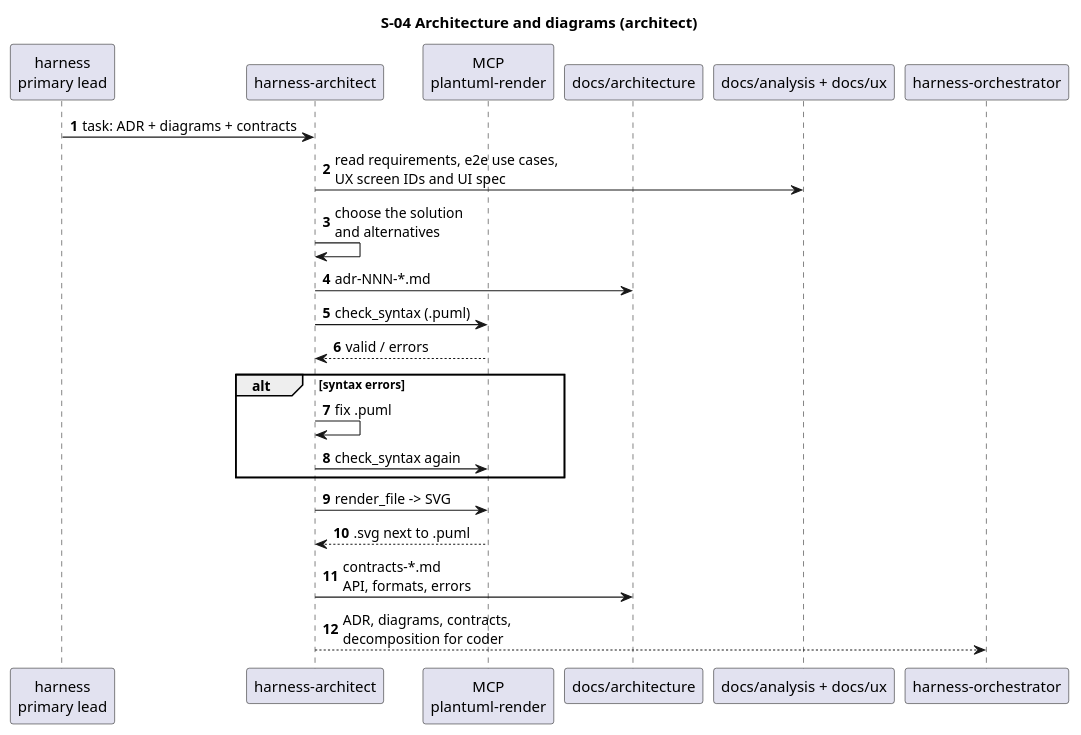
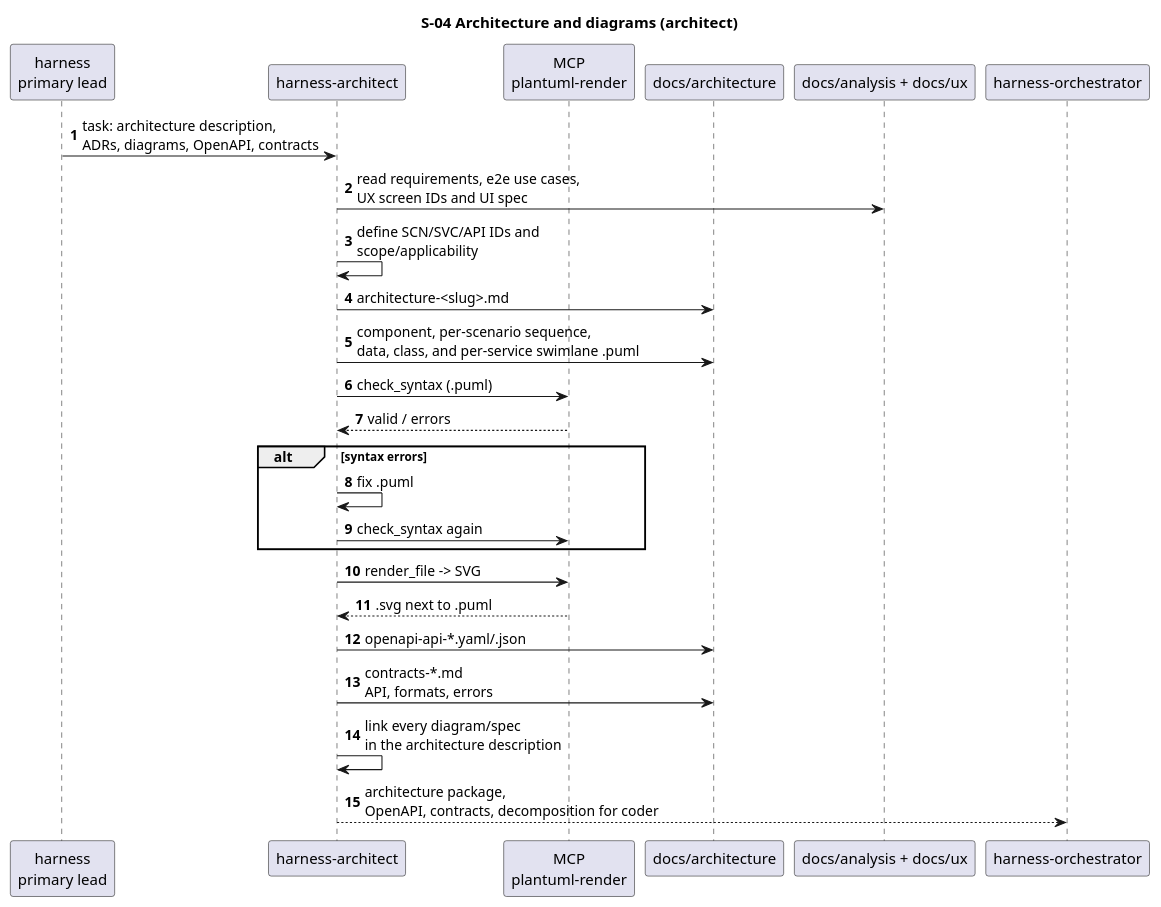
The diagram in docs/description/diagrams/seq-04-architect.puml (serge-sasov/harness), drawn with PlantUML before and after one commit. The commit also changed 33 other files, not shown here.

Commit message:
feat: harness 2.6.0 architecture design package

```diff
--- a/docs/description/diagrams/seq-04-architect.puml
+++ b/docs/description/diagrams/seq-04-architect.puml
@@ -1,27 +1,30 @@
 @startuml
 autonumber
 skinparam defaultFontName Segoe UI
 title S-04 Architecture and diagrams (architect)
 
 participant "harness\nprimary lead" as primary
 participant "harness-architect" as arch
 participant "MCP\nplantuml-render" as mcp
 participant "docs/architecture" as docs
 participant "docs/analysis + docs/ux" as inputs
 participant "harness-orchestrator" as orch
 
-primary -> arch : task: ADR + diagrams + contracts
+primary -> arch : task: architecture description,\nADRs, diagrams, OpenAPI, contracts
 arch -> inputs : read requirements, e2e use cases,\nUX screen IDs and UI spec
-arch -> arch : choose the solution\nand alternatives
-arch -> docs : adr-NNN-*.md
+arch -> arch : define SCN/SVC/API IDs and\nscope/applicability
+arch -> docs : architecture-<slug>.md
+arch -> docs : component, per-scenario sequence,\ndata, class, and per-service swimlane .puml
 arch -> mcp : check_syntax (.puml)
 mcp --> arch : valid / errors
 alt syntax errors
   arch -> arch : fix .puml
   arch -> mcp : check_syntax again
 end
 arch -> mcp : render_file -> SVG
 mcp --> arch : .svg next to .puml
+arch -> docs : openapi-api-*.yaml/.json
 arch -> docs : contracts-*.md\nAPI, formats, errors
-arch --> orch : ADR, diagrams, contracts,\ndecomposition for coder
+arch -> arch : link every diagram/spec\nin the architecture description
+arch --> orch : architecture package,\nOpenAPI, contracts, decomposition for coder
 @enduml
```
